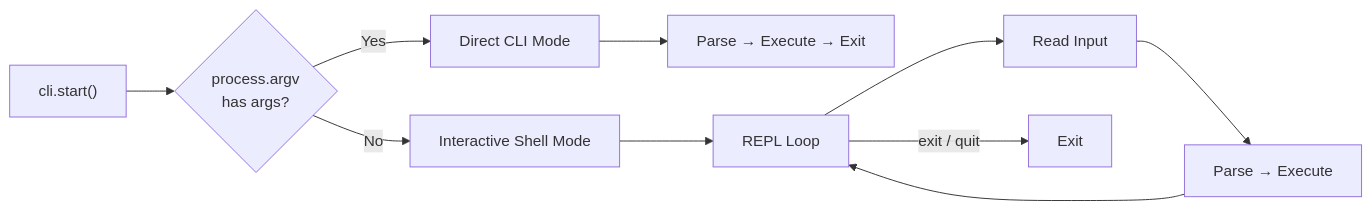
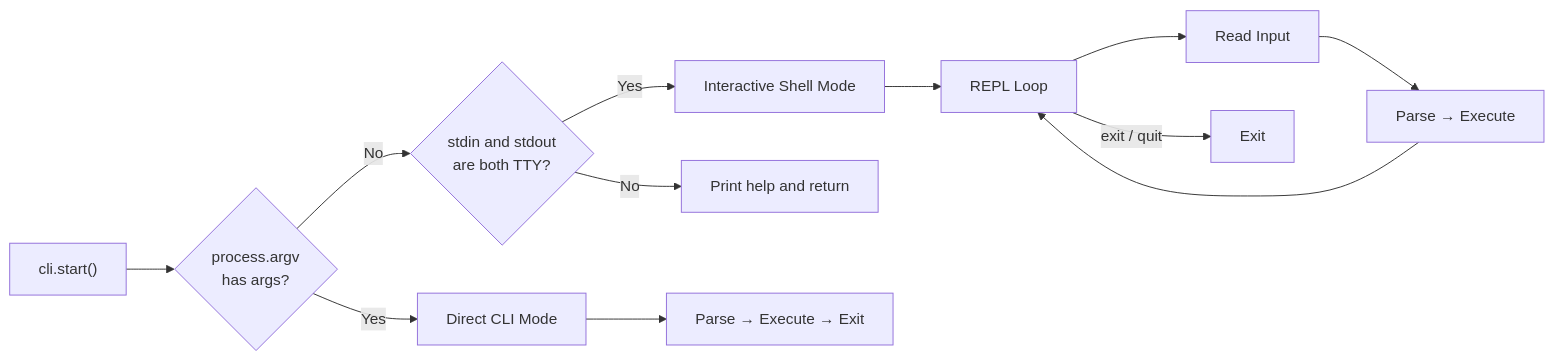
One commit to libraz/node-cli changed the diagram in docs/en/getting-started.md. Above: the diagram before and after it, drawn with Mermaid. The commit also changed other lines of this file and 16 other files, not shown here.

````diff
--- a/docs/en/getting-started.md
+++ b/docs/en/getting-started.md
@@ -59,12 +59,14 @@
 ```mermaid
 flowchart LR
   A["cli.start()"] --> B{"process.argv<br>has args?"}
   B -- Yes --> C["Direct CLI Mode"]
-  B -- No --> D["Interactive Shell Mode"]
+  B -- No --> D{"stdin and stdout<br>are both TTY?"}
+  D -- Yes --> F["Interactive Shell Mode"]
+  D -- No --> J["Print help and return"]
   C --> E["Parse → Execute → Exit"]
-  D --> F["REPL Loop"]
-  F --> G["Read Input"]
-  G --> H["Parse → Execute"]
-  H --> F
-  F -- "exit / quit" --> I["Exit"]
+  F --> G["REPL Loop"]
+  G --> H["Read Input"]
+  H --> I["Parse → Execute"]
+  I --> G
+  G -- "exit / quit" --> K["Exit"]
 ```
````
